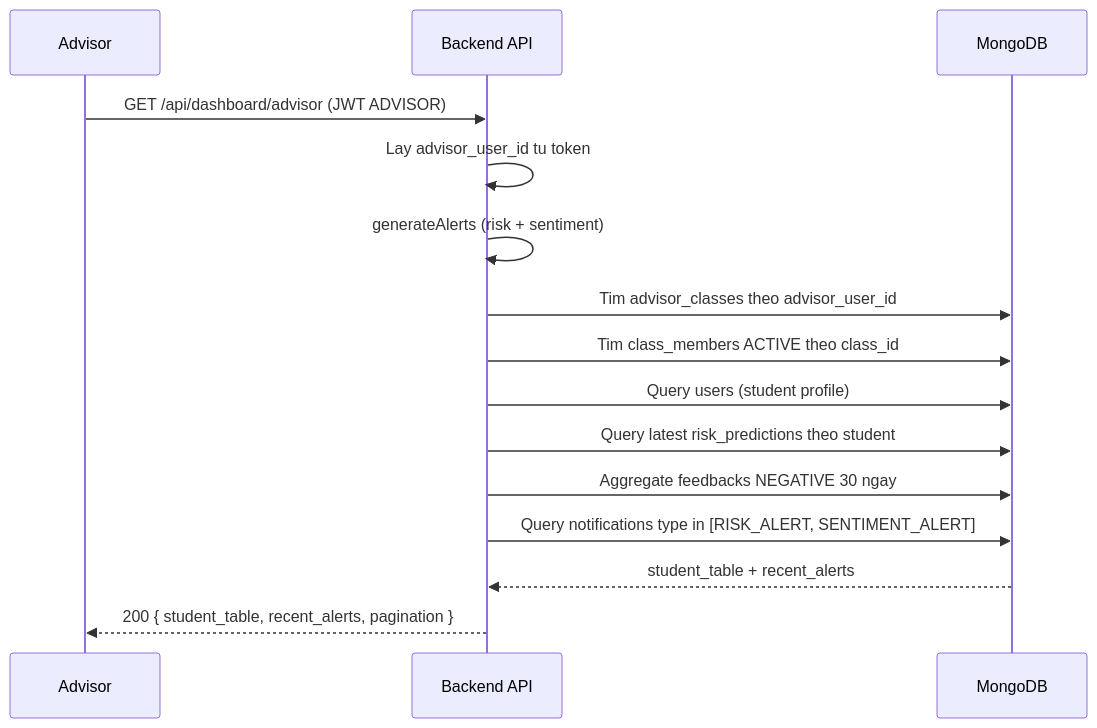
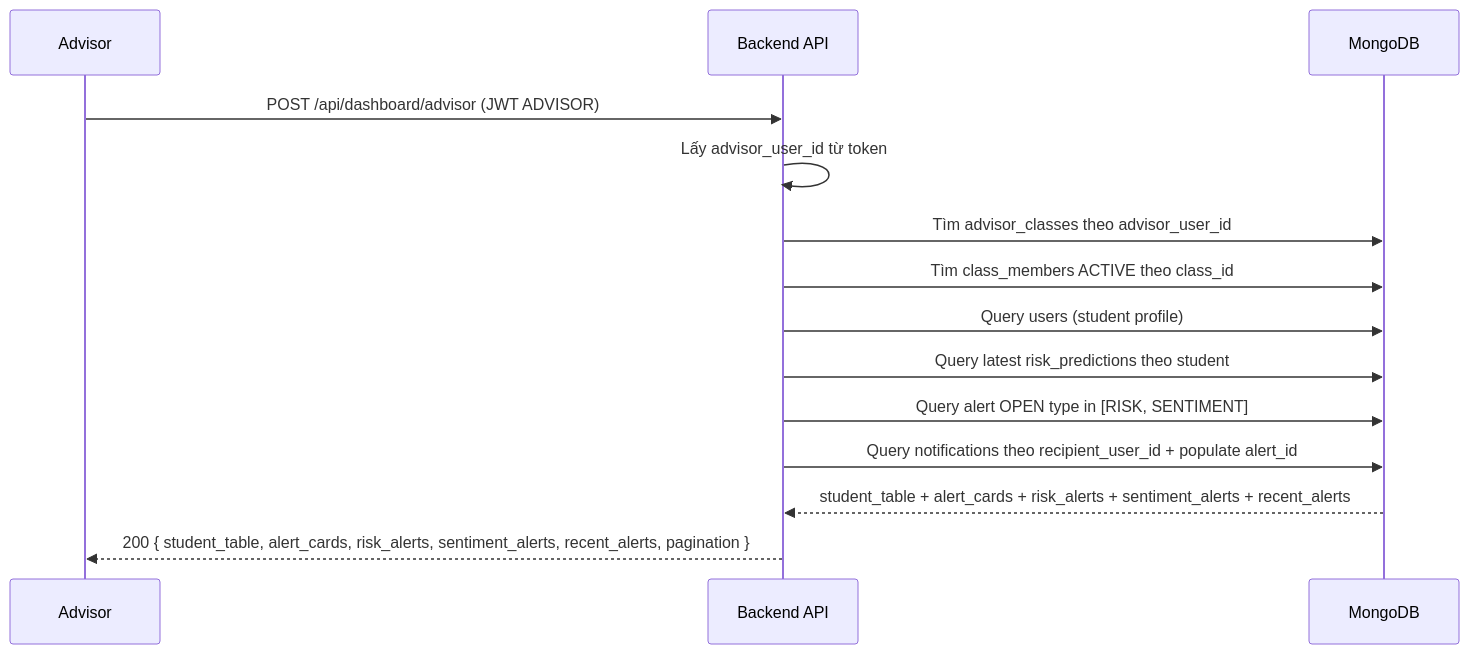
One commit to Tien2003deptrai/BACKEND-ADVISOR changed the second of 2 diagrams in docs/dashboard-flow.md. Above: the diagram before and after it, drawn with Mermaid. The commit also changed other lines of this file and 11 other files, not shown here.

Commit message:
Implement alert-notification flow and align advisor/student dashboards

````diff
--- a/docs/dashboard-flow.md
+++ b/docs/dashboard-flow.md
@@ -26,18 +26,17 @@
 ```mermaid
 sequenceDiagram
     participant A as Advisor
     participant API as Backend API
     participant DB as MongoDB
 
-    A->>API: GET /api/dashboard/advisor (JWT ADVISOR)
-    API->>API: Lay advisor_user_id tu token
-    API->>API: generateAlerts (risk + sentiment)
-    API->>DB: Tim advisor_classes theo advisor_user_id
-    API->>DB: Tim class_members ACTIVE theo class_id
+    A->>API: POST /api/dashboard/advisor (JWT ADVISOR)
+    API->>API: Lấy advisor_user_id từ token
+    API->>DB: Tìm advisor_classes theo advisor_user_id
+    API->>DB: Tìm class_members ACTIVE theo class_id
     API->>DB: Query users (student profile)
     API->>DB: Query latest risk_predictions theo student
-    API->>DB: Aggregate feedbacks NEGATIVE 30 ngay
-    API->>DB: Query notifications type in [RISK_ALERT, SENTIMENT_ALERT]
-    DB-->>API: student_table + recent_alerts
-    API-->>A: 200 { student_table, recent_alerts, pagination }
+    API->>DB: Query alert OPEN type in [RISK, SENTIMENT]
+    API->>DB: Query notifications theo recipient_user_id + populate alert_id
+    DB-->>API: student_table + alert_cards + risk_alerts + sentiment_alerts + recent_alerts
+    API-->>A: 200 { student_table, alert_cards, risk_alerts, sentiment_alerts, recent_alerts, pagination }
 ```
````
